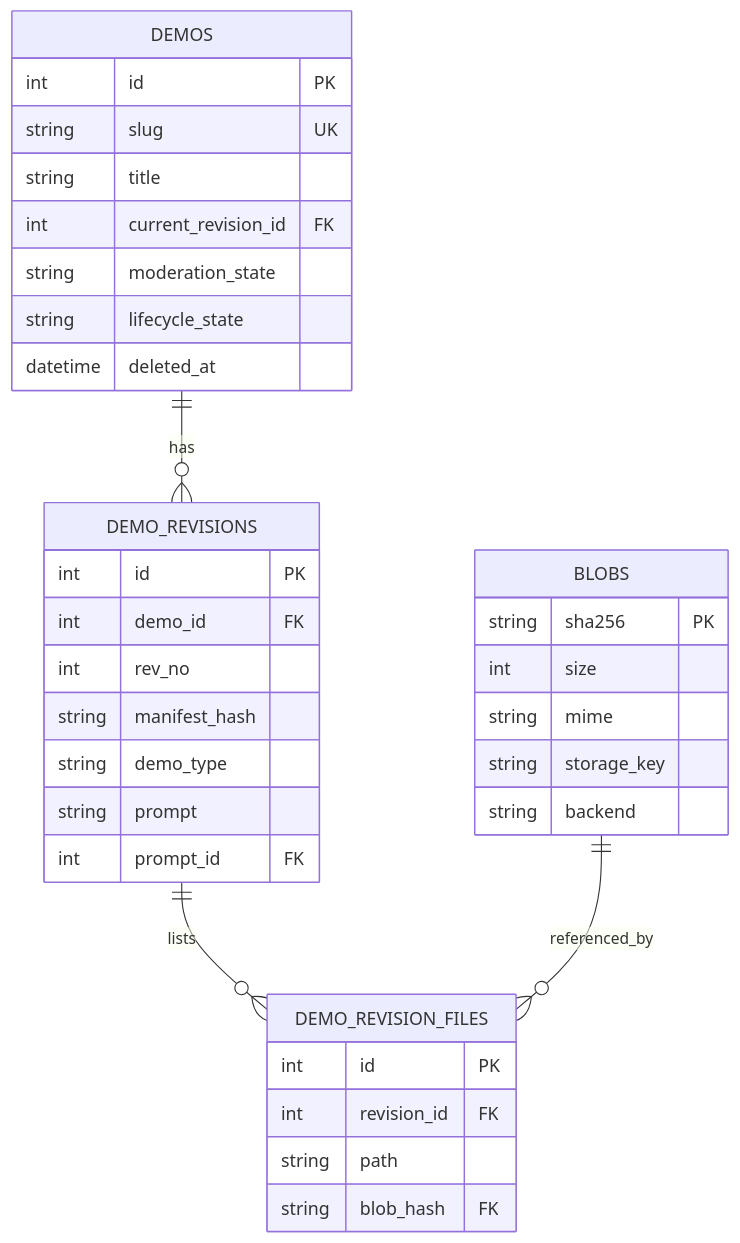
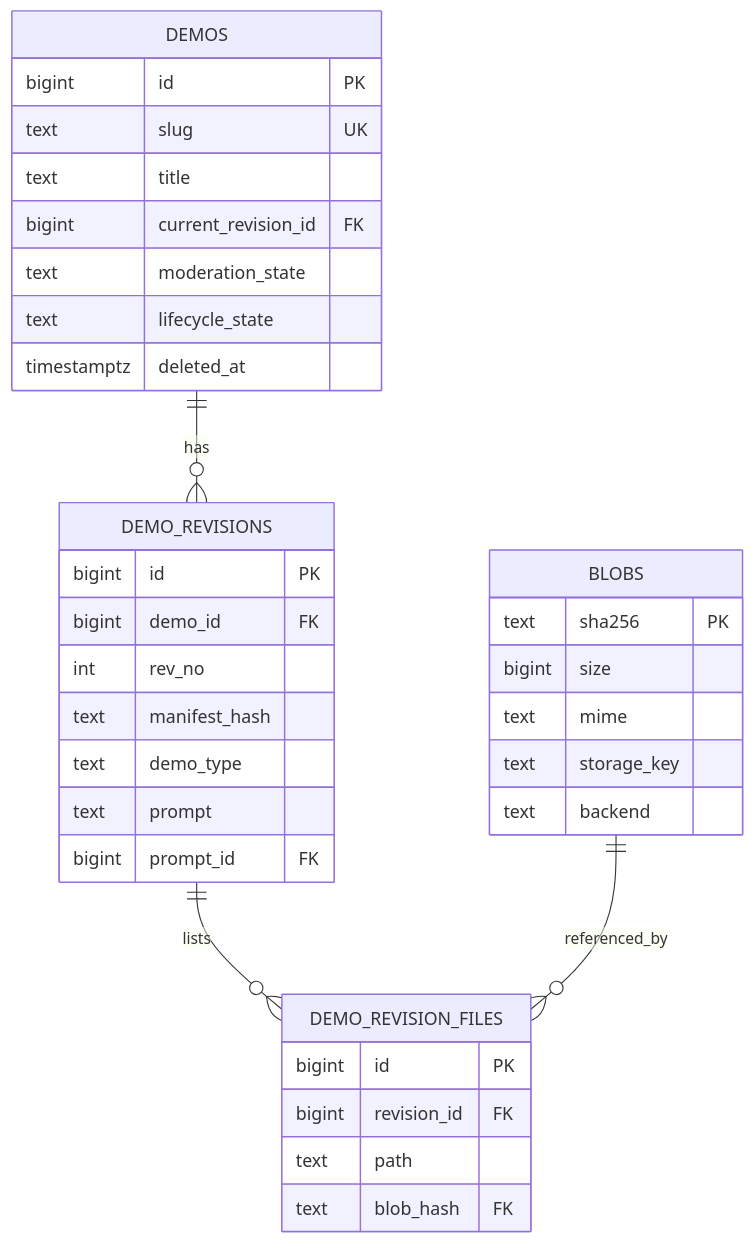
The third of 16 diagrams in docs/Demo域设计.md (deepdemos/ds-demos-showcase), drawn with Mermaid before and after one commit. The commit also changed other lines of this file and 36 other files, not shown here.

````diff
--- a/docs/Demo域设计.md
+++ b/docs/Demo域设计.md
@@ -455,37 +533,37 @@
 ```mermaid
 erDiagram
     DEMOS {
-        int id PK
-        string slug UK
-        string title
-        int current_revision_id FK
-        string moderation_state
-        string lifecycle_state
-        datetime deleted_at
+        bigint id PK
+        text slug UK
+        text title
+        bigint current_revision_id FK
+        text moderation_state
+        text lifecycle_state
+        timestamptz deleted_at
     }
     DEMO_REVISIONS {
-        int id PK
-        int demo_id FK
+        bigint id PK
+        bigint demo_id FK
         int rev_no
-        string manifest_hash
-        string demo_type
-        string prompt
-        int prompt_id FK
+        text manifest_hash
+        text demo_type
+        text prompt
+        bigint prompt_id FK
     }
     DEMO_REVISION_FILES {
-        int id PK
-        int revision_id FK
-        string path
-        string blob_hash FK
+        bigint id PK
+        bigint revision_id FK
+        text path
+        text blob_hash FK
     }
     BLOBS {
-        string sha256 PK
-        int size
-        string mime
-        string storage_key
-        string backend
+        text sha256 PK
+        bigint size
+        text mime
+        text storage_key
+        text backend
     }
     DEMOS ||--o{ DEMO_REVISIONS : has
     DEMO_REVISIONS ||--o{ DEMO_REVISION_FILES : lists
     BLOBS ||--o{ DEMO_REVISION_FILES : referenced_by
 ```
````
